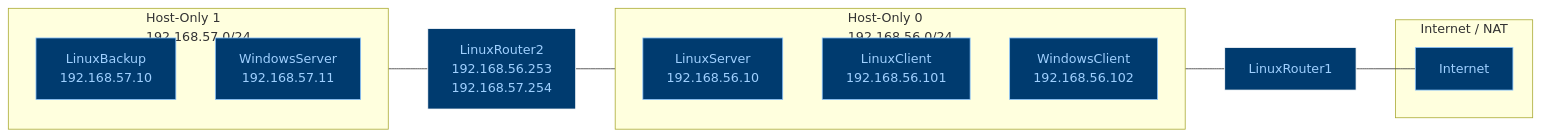
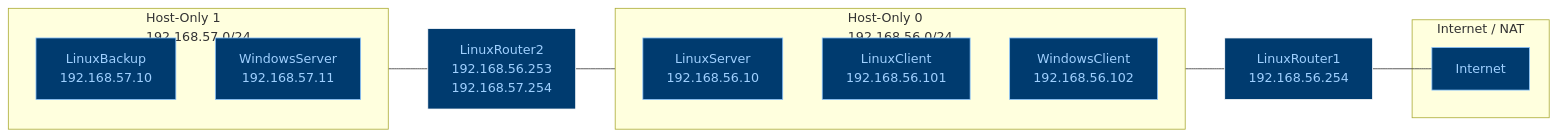
The diagram in SI/Practica1_3_SI.md (jadanero/Auditoria_Seguridad_2026), drawn with Mermaid before and after one commit. The commit also changed other lines of this file, not shown here.

Commit message:
vault backup: 2026-09-24 16:25:06

````diff
--- a/SI/Practica1_3_SI.md
+++ b/SI/Practica1_3_SI.md
@@ -14,59 +14,59 @@
 ```mermaid
 flowchart RL
 
     %% =========================
     %% INTERNET / NAT
     %% =========================
     subgraph NAT["Internet / NAT"]
         INTERNET["Internet"]
     end
 
     %% =========================
     %% ROUTER 1
     %% =========================
-    R1["LinuxRouter1"]
-
+    R1["LinuxRouter1"<br/>192.168.56.254]
+	
     %% =========================
     %% HOST-ONLY 0
     %% =========================
     subgraph RED56["Host-Only 0<br/>192.168.56.0/24"]
         direction TB
 
         LS["LinuxServer<br/>192.168.56.10"]
         LC["LinuxClient<br/>192.168.56.101"]
         WC["WindowsClient<br/>192.168.56.102"]
     end
 
     %% =========================
     %% ROUTER 2
     %% =========================
     R2["LinuxRouter2<br/>192.168.56.253<br/>192.168.57.254"]
 
     %% =========================
     %% HOST-ONLY 1
     %% =========================
     subgraph RED57["Host-Only 1<br/>192.168.57.0/24"]
         direction TB
 
         LB["LinuxBackup<br/>192.168.57.10"]
         WS["WindowsServer<br/>192.168.57.11"]
     end
 
     %% =========================
     %% CONNECTIONS
     %% =========================
     INTERNET --- R1
     R1 --- RED56
     RED56 --- R2
     R2 --- RED57
 
     %% =========================
     %% STYLES
     %% =========================
     classDef device fill:#003b6f,stroke:#8fc7ff,color:#9fd0ff,stroke-width:1px;
     classDef router fill:#003b6f,stroke:#ffffff,color:#9fd0ff,stroke-width:1px;
     classDef network fill:#222222,stroke:#aaaaaa,color:#ffffff,stroke-width:1px;
 
     class INTERNET,LS,LC,WC,LB,WS device;
     class R1,R2 router;
 ```
````
